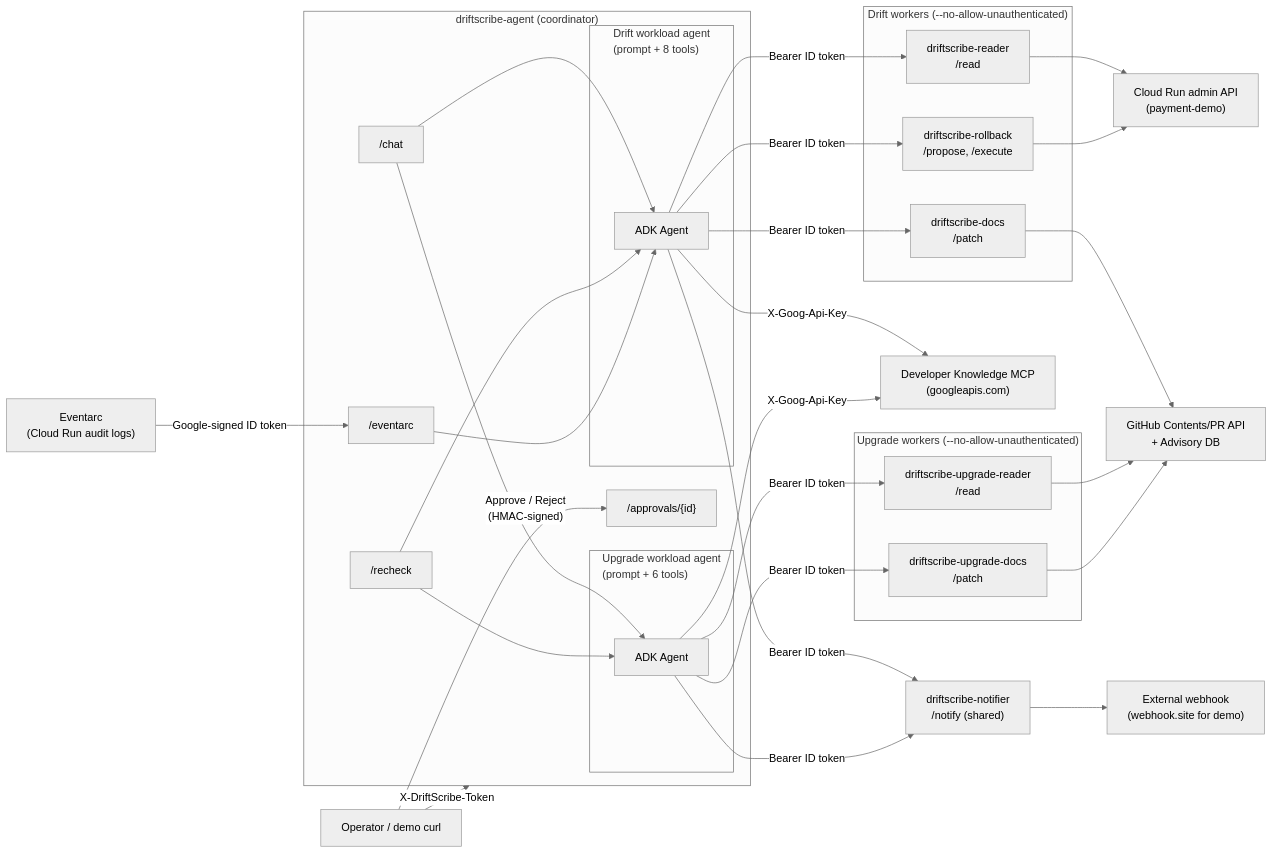
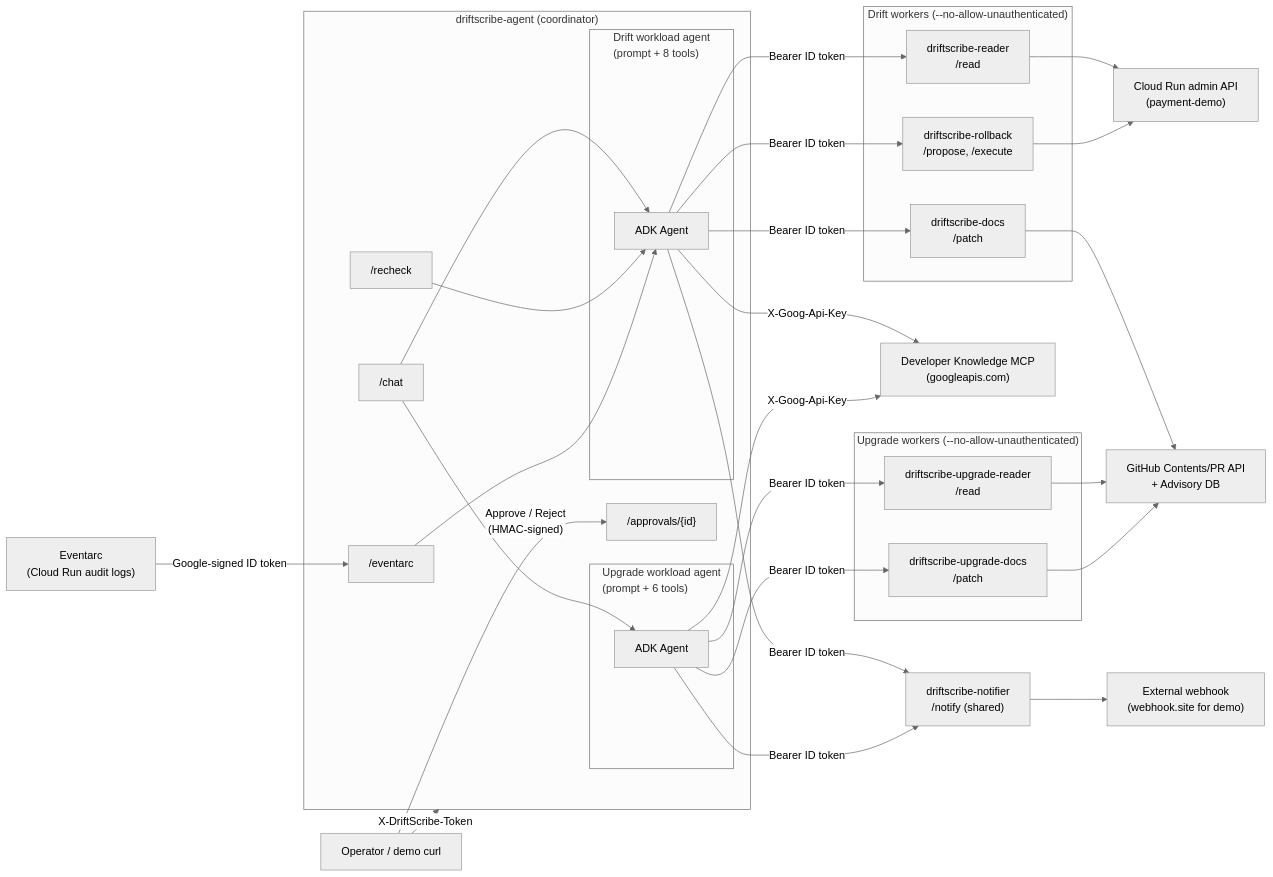
Before and after one commit to adi-prasetyo/driftscribe: the diagram in docs/architecture/multi-agent-design.md, drawn with Mermaid (neutral theme). The commit also changed other lines of this file and 4 other files, not shown here.

````diff
--- a/docs/architecture/multi-agent-design.md
+++ b/docs/architecture/multi-agent-design.md
@@ -11,57 +11,60 @@
 ```mermaid
 flowchart LR
     Human["Operator / demo curl"]
     Eventarc_GCP["Eventarc\n(Cloud Run audit logs)"]
     Webhook["External webhook\n(webhook.site for demo)"]
     GitHub["GitHub Contents/PR API\n+ Advisory DB"]
     CloudRunAdmin["Cloud Run admin API\n(payment-demo)"]
     DKMCP["Developer Knowledge MCP\n(googleapis.com)"]
 
     subgraph Coordinator["driftscribe-agent (coordinator)"]
         Chat["/chat"]
         Recheck["/recheck"]
         Eventarc["/eventarc"]
         Approvals["/approvals/{id}"]
         subgraph Drift["Drift workload agent\n(prompt + 8 tools)"]
             ADKd["ADK Agent"]
         end
         subgraph Upgrade["Upgrade workload agent\n(prompt + 6 tools)"]
             ADKu["ADK Agent"]
         end
         Chat --> ADKd
         Chat --> ADKu
         Recheck --> ADKd
-        Recheck --> ADKu
         Eventarc --> ADKd
+        %% /recheck workload=upgrade returns 503 in this build — the
+        %% drift /recheck path's post-agent plumbing (classifier ->
+        %% validator -> renderer -> action) is drift-specific.
+        %% Workload-specific /recheck for upgrade is post-Phase-17.
     end
 
     subgraph DriftWorkers["Drift workers (--no-allow-unauthenticated)"]
         Reader["driftscribe-reader\n/read"]
         Docs["driftscribe-docs\n/patch"]
         Rollback["driftscribe-rollback\n/propose, /execute"]
     end
     subgraph UpgradeWorkers["Upgrade workers (--no-allow-unauthenticated)"]
         UReader["driftscribe-upgrade-reader\n/read"]
         UDocs["driftscribe-upgrade-docs\n/patch"]
     end
     Notifier["driftscribe-notifier\n/notify (shared)"]
 
     Human -- "X-DriftScribe-Token" --> Coordinator
     Eventarc_GCP -- "Google-signed ID token" --> Eventarc
     ADKd -- "Bearer ID token" --> Reader
     ADKd -- "Bearer ID token" --> Docs
     ADKd -- "Bearer ID token" --> Rollback
     ADKu -- "Bearer ID token" --> UReader
     ADKu -- "Bearer ID token" --> UDocs
     ADKd -- "Bearer ID token" --> Notifier
     ADKu -- "Bearer ID token" --> Notifier
     ADKd -- "X-Goog-Api-Key" --> DKMCP
     ADKu -- "X-Goog-Api-Key" --> DKMCP
     Reader --> CloudRunAdmin
     Docs --> GitHub
     Rollback --> CloudRunAdmin
     UReader --> GitHub
     UDocs --> GitHub
     Notifier --> Webhook
     Human -- "Approve / Reject\n(HMAC-signed)" --> Approvals
 ```
````
